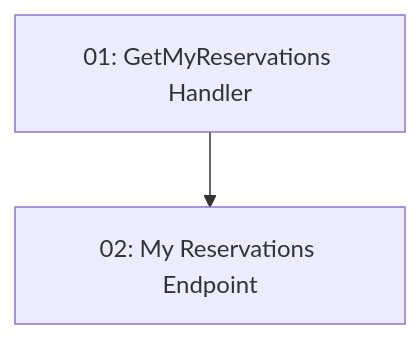
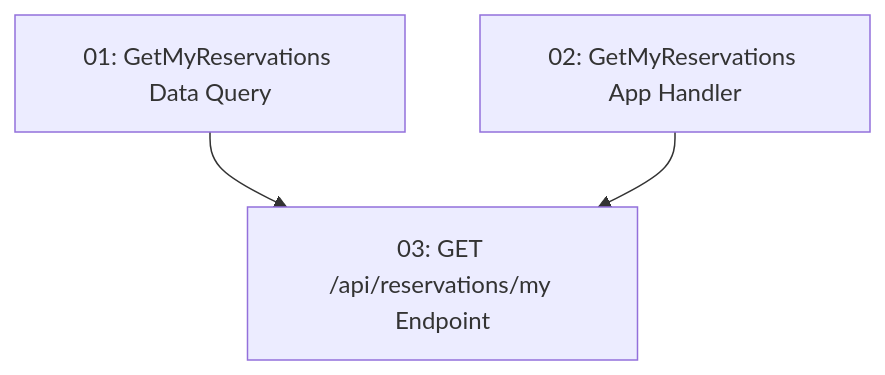
One commit to limitzero/tablenow changed the diagram in .docs/features/story-016-my-reservations-dashboard-backend/README.md. Above: the diagram before and after it, drawn with Mermaid. The commit also changed other lines of this file and 184 other files, not shown here.

````diff
--- a/.docs/features/story-016-my-reservations-dashboard-backend/README.md
+++ b/.docs/features/story-016-my-reservations-dashboard-backend/README.md
@@ -14,6 +15,8 @@
 ```mermaid
 graph TD
-    task-01["01: GetMyReservations Handler"]
-    task-02["02: My Reservations Endpoint"]
-    task-01 --> task-02
+    task-01-get-reservations-data["01: GetMyReservations Data Query"]
+    task-02-get-reservations-application["02: GetMyReservations App Handler"]
+    task-03-my-reservations-endpoint["03: GET /api/reservations/my Endpoint"]
+    task-01-get-reservations-data --> task-03-my-reservations-endpoint
+    task-02-get-reservations-application --> task-03-my-reservations-endpoint
 ```
````
